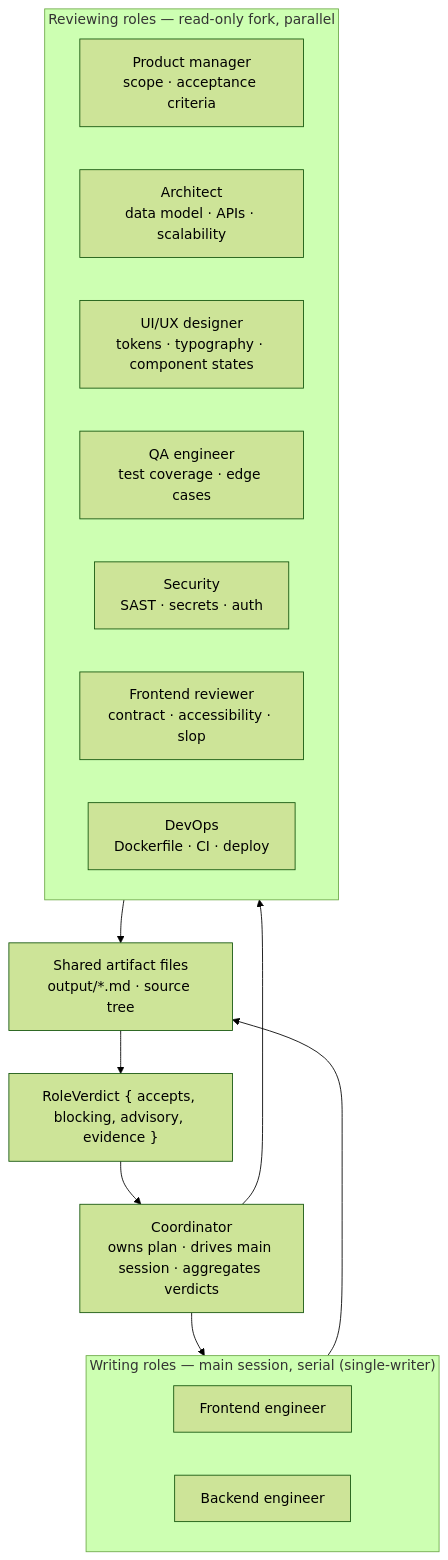
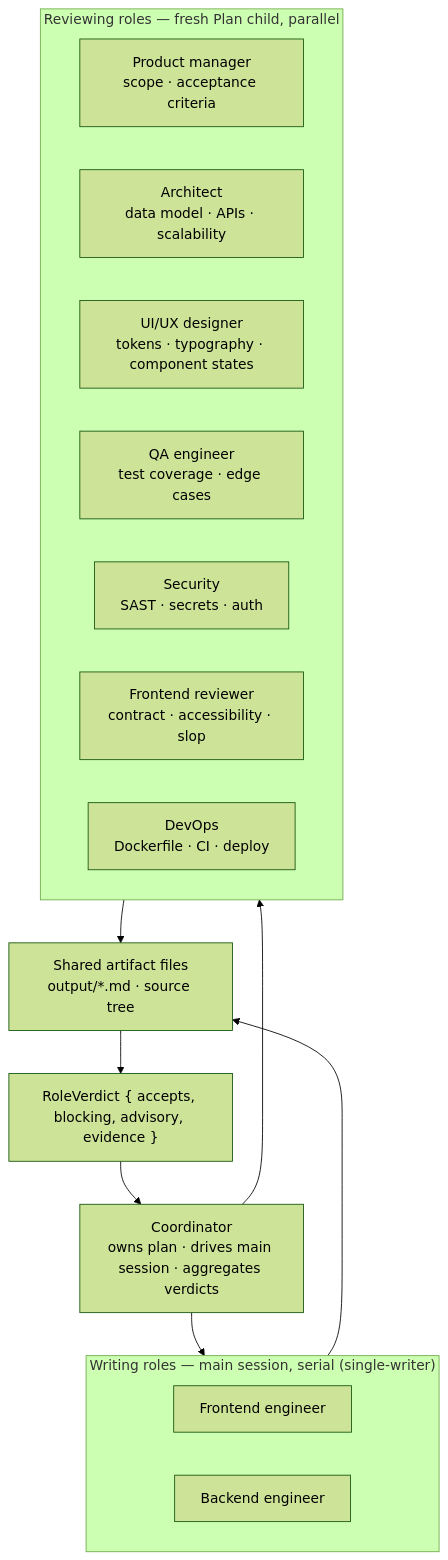
The third of 7 diagrams in README.md (grong360/umadev), drawn with Mermaid (forest theme) before and after one commit. The commit also changed other lines of this file and 246 other files, not shown here.

````diff
--- a/README.md
+++ b/README.md
@@ -291,28 +288,28 @@
 ```mermaid
 flowchart TB
     Director["Coordinator<br/>owns plan · drives main session · aggregates verdicts"]
 
     subgraph Writing ["Writing roles — main session, serial (single-writer)"]
         FE["Frontend engineer"]
         BE["Backend engineer"]
     end
 
-    subgraph Reviewing ["Reviewing roles — read-only fork, parallel"]
+    subgraph Reviewing ["Reviewing roles — fresh Plan child, parallel"]
         PM["Product manager<br/>scope · acceptance criteria"]
         Arch["Architect<br/>data model · APIs · scalability"]
         Design["UI/UX designer<br/>tokens · typography · component states"]
         QA["QA engineer<br/>test coverage · edge cases"]
         Sec["Security<br/>SAST · secrets · auth"]
         FER["Frontend reviewer<br/>contract · accessibility · slop"]
         DevOps["DevOps<br/>Dockerfile · CI · deploy"]
     end
 
     Director --> Writing
     Director --> Reviewing
 
     Writing --> Artifacts["Shared artifact files<br/>output/*.md · source tree"]
     Reviewing --> Artifacts
 
     Artifacts --> Verdicts["RoleVerdict { accepts, blocking, advisory, evidence }"]
     Verdicts --> Director
 ```
````
